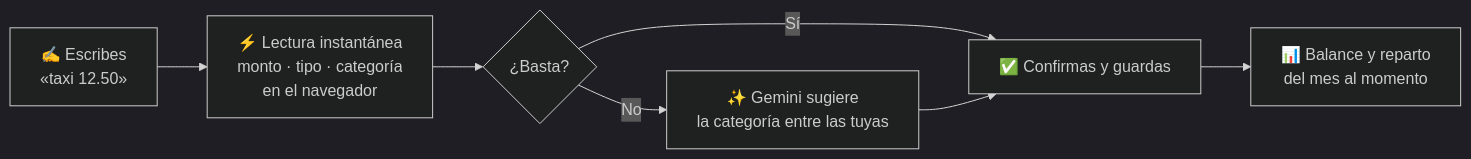
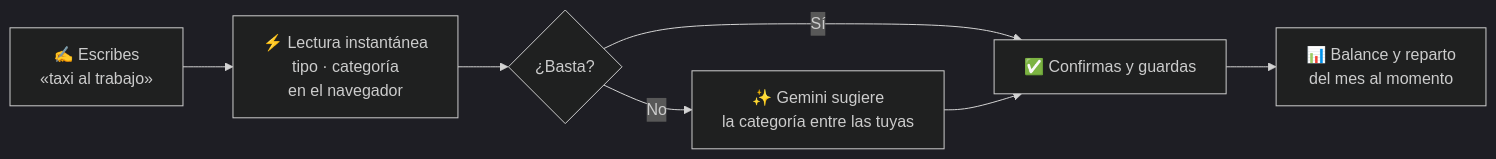
The diagram in README.md (cesarcunyarache/zentlet-next), drawn with Mermaid (dark theme) before and after one commit. The commit also changed other lines of this file and 13 other files, not shown here.

````diff
--- a/README.md
+++ b/README.md
@@ -124,9 +124,9 @@
 ```mermaid
 flowchart LR
-    A["✍️ Escribes<br/>«taxi 12.50»"] --> B["⚡ Lectura instantánea<br/>monto · tipo · categoría<br/>en el navegador"]
+    A["✍️ Escribes<br/>«taxi al trabajo»"] --> B["⚡ Lectura instantánea<br/>tipo · categoría<br/>en el navegador"]
     B --> C{"¿Basta?"}
     C -- Sí --> E["✅ Confirmas y guardas"]
     C -- No --> D["✨ Gemini sugiere<br/>la categoría entre las tuyas"]
     D --> E
     E --> F["📊 Balance y reparto<br/>del mes al momento"]
 ```
````
